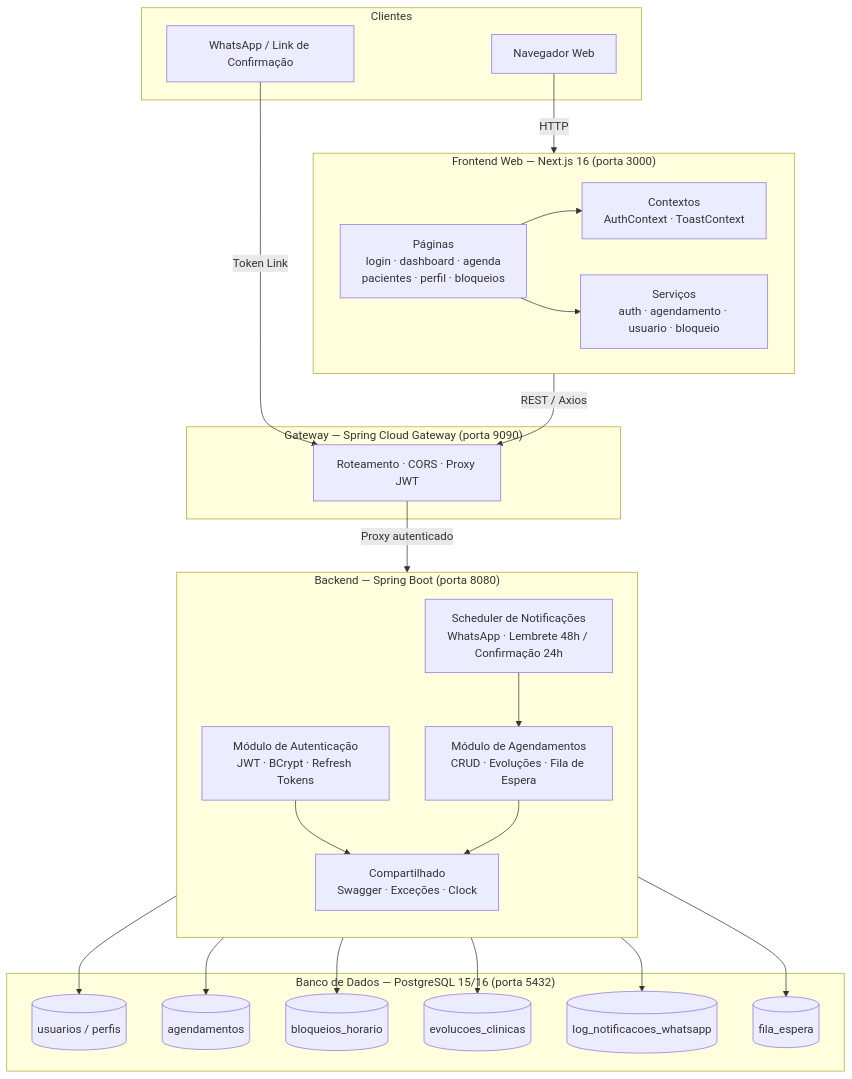
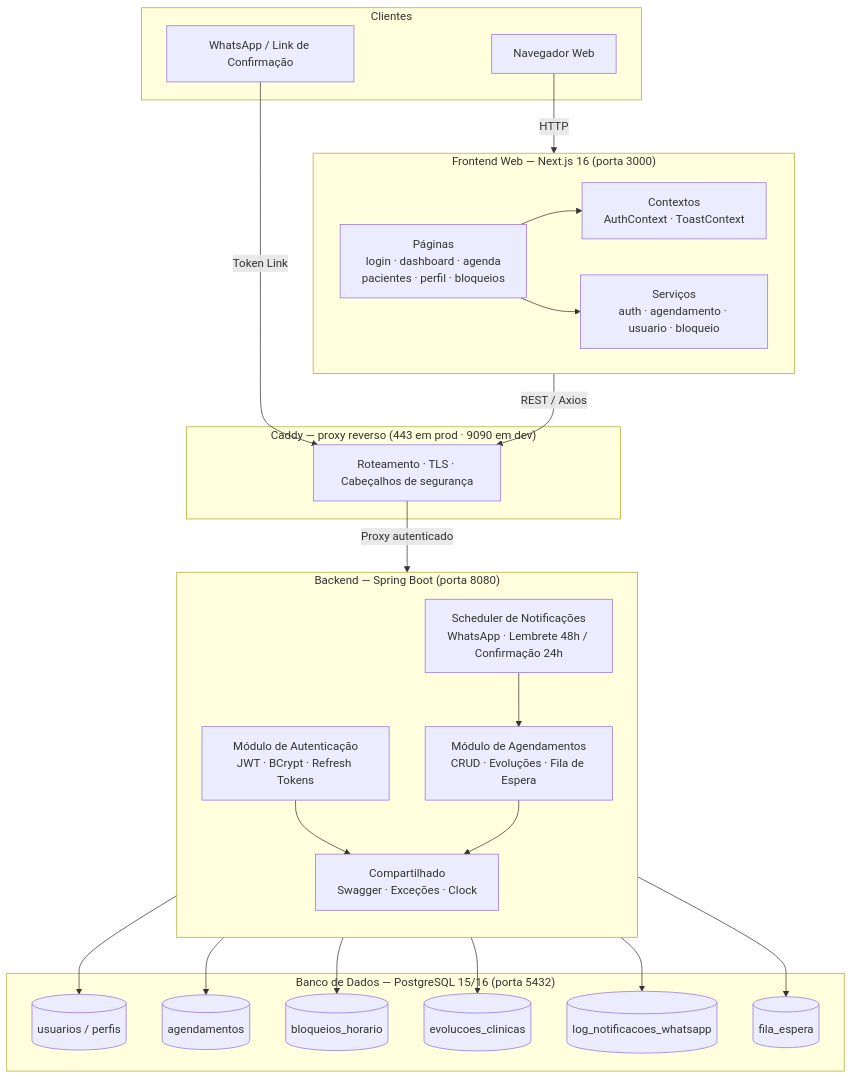
Before and after one commit to arturolivs/prontudigital: the first of 4 diagrams in README.md, drawn with Mermaid. The commit also changed other lines of this file and 14 other files, not shown here.

````diff
--- a/README.md
+++ b/README.md
@@ -34,51 +36,51 @@
 ```mermaid
 graph TB
     subgraph Clientes
         W[Navegador Web]
         WA[WhatsApp / Link de Confirmação]
     end
 
-    subgraph Gateway["Gateway — Spring Cloud Gateway  (porta 9090)"]
-        GW[Roteamento · CORS · Proxy JWT]
+    subgraph Borda["Caddy — proxy reverso  (443 em prod · 9090 em dev)"]
+        GW[Roteamento · TLS · Cabeçalhos de segurança]
     end
 
     subgraph Backend["Backend — Spring Boot  (porta 8080)"]
         direction TB
         AUTH[Módulo de Autenticação\nJWT · BCrypt · Refresh Tokens]
         SCHED[Módulo de Agendamentos\nCRUD · Evoluções · Fila de Espera]
         NOTIF[Scheduler de Notificações\nWhatsApp · Lembrete 48h / Confirmação 24h]
         SHARED[Compartilhado\nSwagger · Exceções · Clock]
         AUTH --> SHARED
         SCHED --> SHARED
         NOTIF --> SCHED
     end
 
     subgraph Frontend["Frontend Web — Next.js 16  (porta 3000)"]
         direction LR
         PAGES[Páginas\nlogin · dashboard · agenda\npacientes · perfil · bloqueios]
         CTX[Contextos\nAuthContext · ToastContext]
         SVC[Serviços\nauth · agendamento · usuario · bloqueio]
         PAGES --> CTX
         PAGES --> SVC
     end
 
     subgraph DB["Banco de Dados — PostgreSQL 15/16  (porta 5432)"]
         T1[(usuarios / perfis)]
         T2[(agendamentos)]
         T3[(bloqueios_horario)]
         T4[(evolucoes_clinicas)]
         T5[(log_notificacoes_whatsapp)]
         T6[(fila_espera)]
     end
 
     W -->|HTTP| Frontend
     WA -->|Token Link| GW
     Frontend -->|REST / Axios| GW
     GW -->|Proxy autenticado| Backend
     AUTH --> T1
     SCHED --> T2
     SCHED --> T3
     SCHED --> T4
     SCHED --> T6
     NOTIF --> T5
 ```
````
